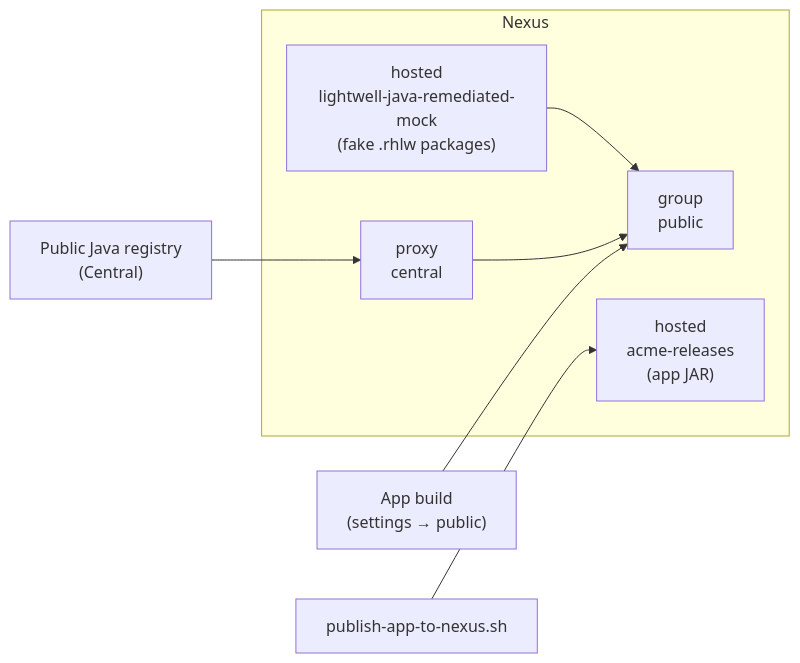
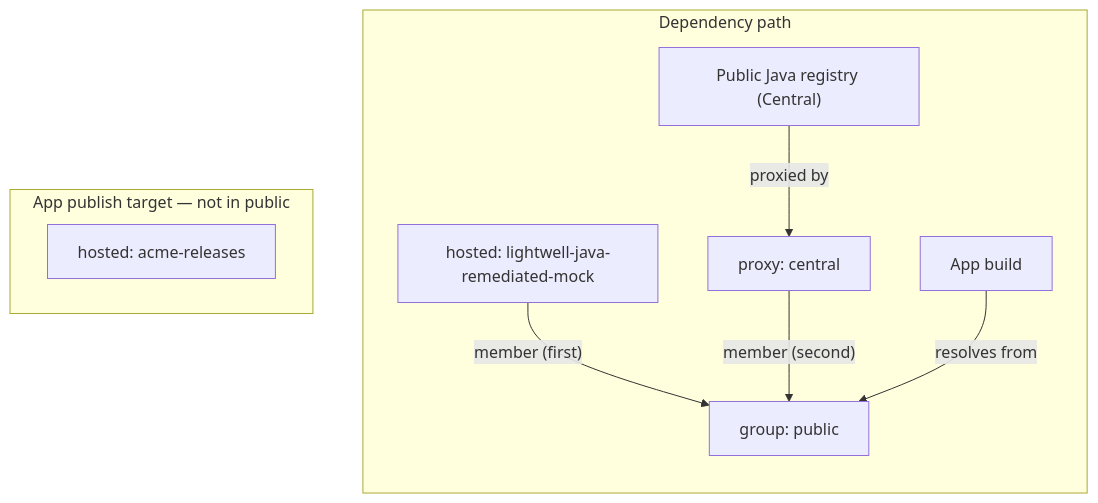
Before and after one commit to ansible-tmm/lightwell_app: the first of 3 diagrams in README.md, drawn with Mermaid. The commit also changed other lines of this file, not shown here.

Commit message:
Fix Mermaid diagrams: labeled edges, split layout from publish paths.
Keep acme-releases out of the public group, show upload/publish explicitly, and clarify resolve vs member arrows.

````diff
--- a/README.md
+++ b/README.md
@@ -29,14 +29,17 @@
 ```mermaid
-flowchart LR
-  subgraph Nexus
-    LW["hosted\nlightwell-java-remediated-mock\n(fake .rhlw packages)"]
-    C["proxy\ncentral"]
-    G["group\npublic"]
-    APP["hosted\nacme-releases\n(app JAR)"]
-    LW --> G
-    C --> G
+flowchart TB
+  subgraph dependency_path ["Dependency path"]
+    direction TB
+    LW["hosted: lightwell-java-remediated-mock"]
+    C["proxy: central"]
+    G["group: public"]
+    LW -->|"member (first)"| G
+    C -->|"member (second)"| G
+    CentralNet["Public Java registry (Central)"] -->|"proxied by"| C
+    Build["App build"] -->|"resolves from"| G
   end
-  CentralNet["Public Java registry\n(Central)"] --> C
-  Build["App build\n(settings → public)"] --> G
-  Publish["publish-app-to-nexus.sh"] --> APP
+
+  subgraph publish_target ["App publish target — not in public"]
+    APP["hosted: acme-releases"]
+  end
 ```
````
